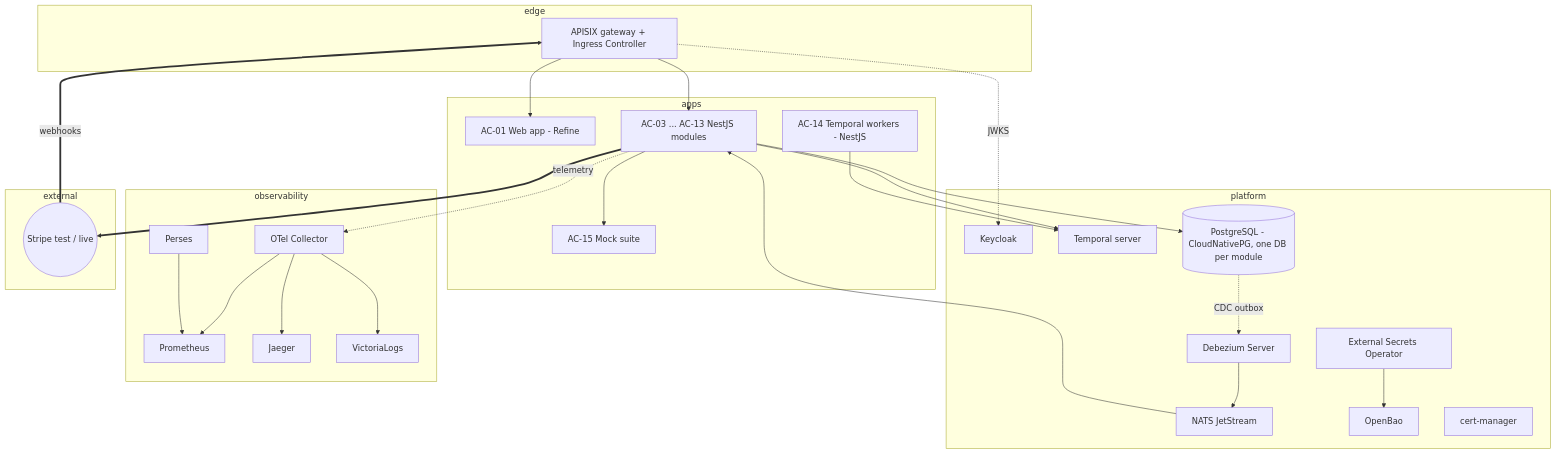
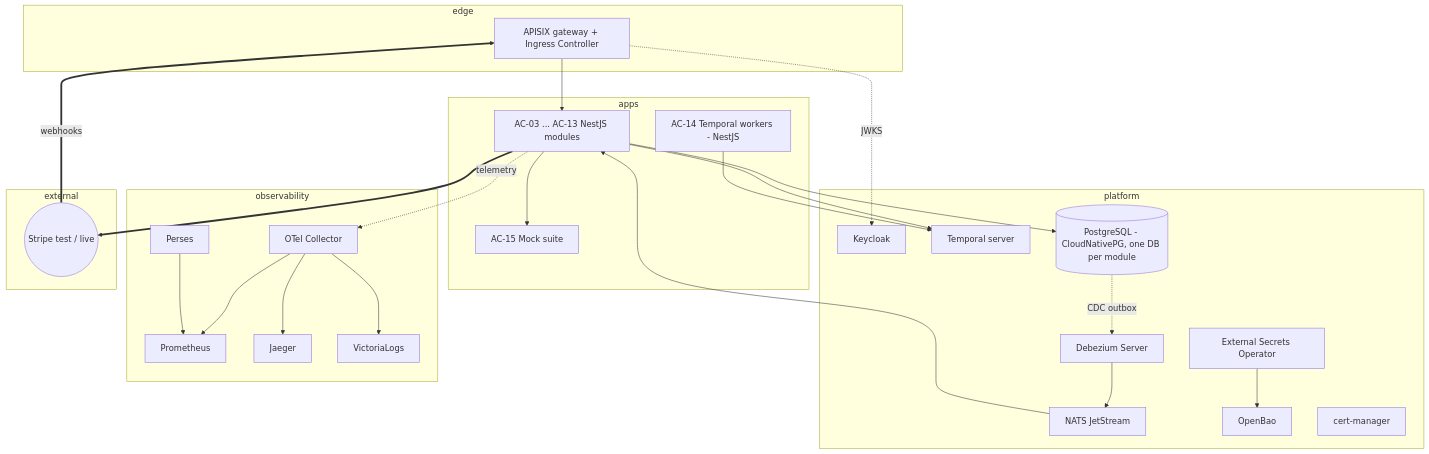
Before and after one commit to blooo-io/intelligent-eu-bps-source: the first of 4 diagrams in docs/architecture/04-technical-architecture.md, drawn with Mermaid. The commit also changed other lines of this file and 61 other files, not shown here.

````diff
--- a/docs/architecture/04-technical-architecture.md
+++ b/docs/architecture/04-technical-architecture.md
@@ -197,50 +198,48 @@
 ```mermaid
 %% elk %%
 flowchart TB
   subgraph Edge[edge]
     APISIX[APISIX gateway + Ingress Controller]
   end
   subgraph Apps[apps]
-    WEB[AC-01 Web app - Refine]
     MODS[AC-03 ... AC-13 NestJS modules]
     TW[AC-14 Temporal workers - NestJS]
     MOCK[AC-15 Mock suite]
   end
   subgraph Platform[platform]
     KC[Keycloak]
     TMP[Temporal server]
     NATS[NATS JetStream]
     DBZ[Debezium Server]
     PG[(PostgreSQL - CloudNativePG, one DB per module)]
     ESO[External Secrets Operator]
     BAO[OpenBao]
     CM[cert-manager]
   end
   subgraph Obs[observability]
     OTEL[OTel Collector]
     PROM[Prometheus]
     JAE[Jaeger]
     VL[VictoriaLogs]
     PER[Perses]
   end
   subgraph Ext[external]
     STRIPE((Stripe test / live))
   end
-  APISIX --> WEB
   APISIX --> MODS
   APISIX -. JWKS .-> KC
   MODS --> PG
   MODS --> TMP
   TW --> TMP
   MODS --> MOCK
   PG -. CDC outbox .-> DBZ --> NATS
   NATS --> MODS
   MODS ==> STRIPE
   STRIPE == webhooks ==> APISIX
   ESO --> BAO
   MODS -. telemetry .-> OTEL
   OTEL --> PROM
   OTEL --> JAE
   OTEL --> VL
   PER --> PROM
 ```
````
